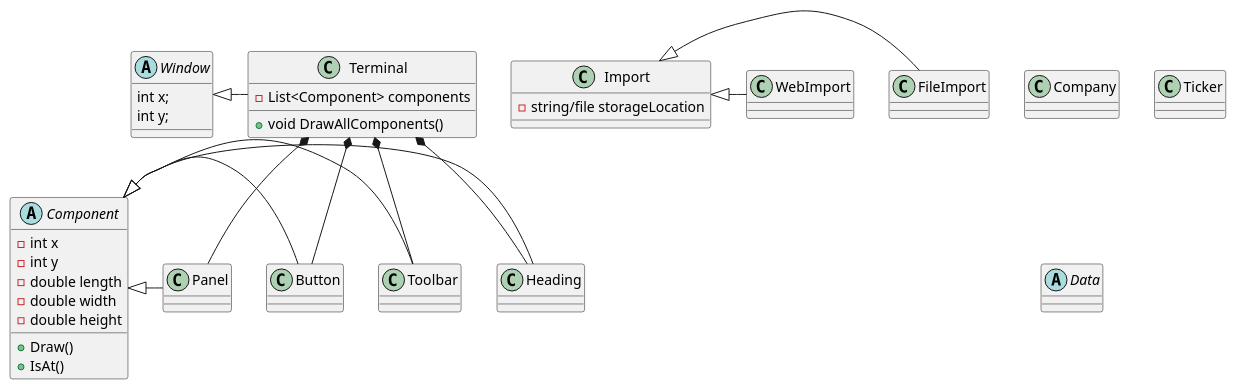
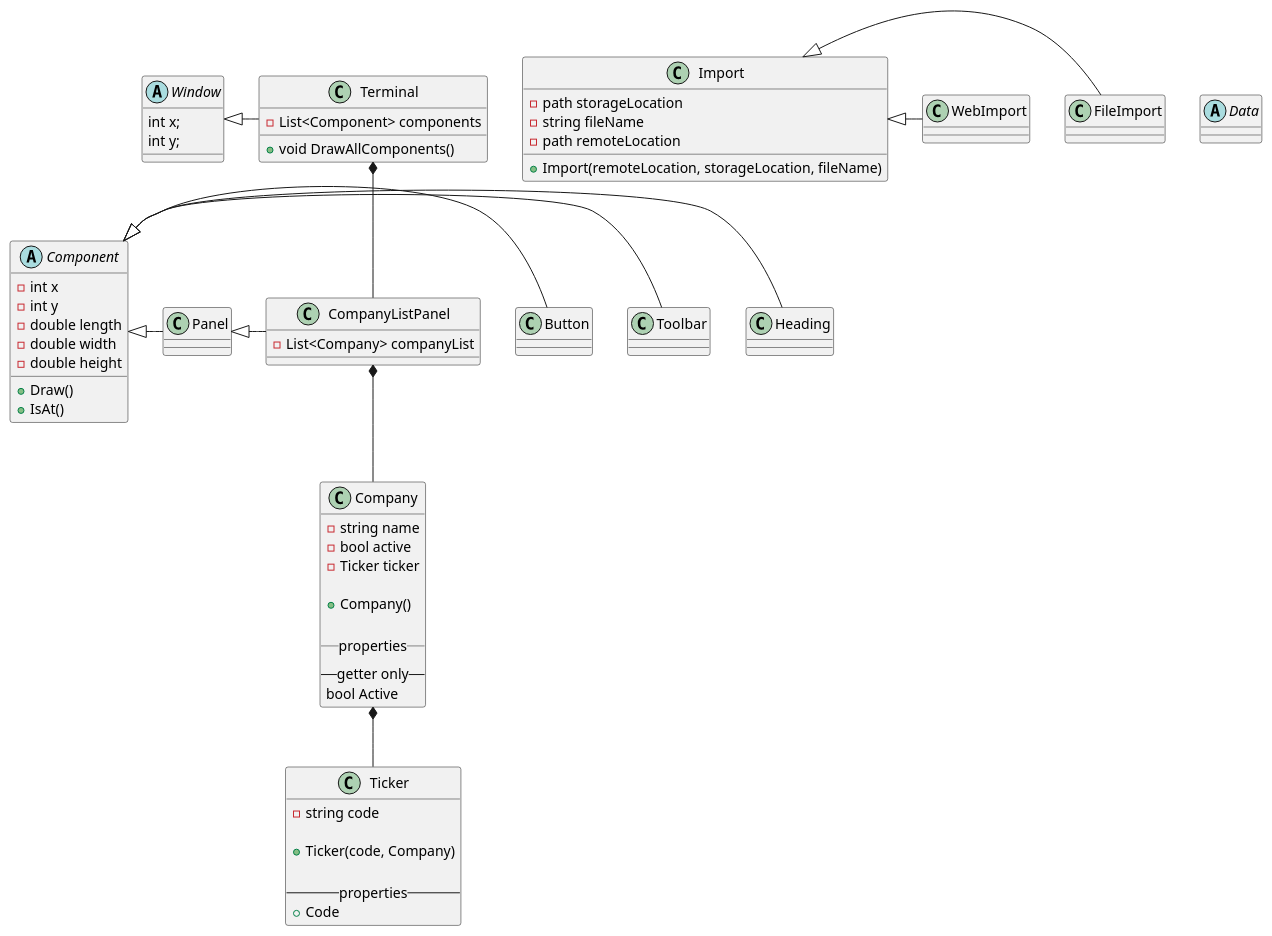
The diagram in Bloombleurgh/Bloombleurgh/Program.puml (JohnVonNeumann/bloombleurgh), drawn with PlantUML before and after one commit.

Commit message:
UPDATE Program.uml - improve and add comments on the UML diagram

```diff
--- a/Bloombleurgh/Bloombleurgh/Program.puml
+++ b/Bloombleurgh/Bloombleurgh/Program.puml
@@ -1,79 +1,107 @@
 @startuml
 'https://plantuml.com/class-diagram
 
 'Inheritance
 Window <|- Terminal
 Import <|- FileImport
 Import <|- WebImport
 
 
 Component <|- Heading
 Component <|- Toolbar
 Component <|- Button
 Component <|- Panel
 
+Panel <|- CompanyListPanel
+
 'Composition
-Terminal *-- Heading
-Terminal *-- Toolbar
-Terminal *-- Button
-Terminal *-- Panel
+Terminal *-- CompanyListPanel
+
+CompanyListPanel *-- Company
+Company *-- Ticker
 
 'Aggregation
 
 'Used as a base class for terminal, allows for drawing and sizing
 'Implement non abstract then make it abstract
 abstract class Window {
 int x;
 int y;
 }
 
 'Implement the Terminal as one class first, then break it out into separate modules
 class Terminal {
 - List<Component> components
 
 + void DrawAllComponents()
 }
 
 abstract class Component {
 - int x
 - int y
 - double length
 - double width
 - double height
 
 + Draw()
 'Probably want some sort of polymorphic IsAt to handle all styles of rect
 + IsAt()
 }
 
 class Heading {}
 
 class Toolbar {
 }
 
 class Button {
 }
 
 class Panel {
 }
 
+class CompanyListPanel {
+- List<Company> companyList
+}
+
+'Perhaps fuck the import stuff, just use existing input files to start
+'Dont bother with having an independent way to call new files, just populate
+'from a data directory until everything is working, then add on as a bonus
 class Import {
-- string/file storageLocation
+- path storageLocation
+- string fileName
+- path remoteLocation
+
++ Import(remoteLocation, storageLocation, fileName)
 }
 
 class FileImport {
 }
 
 class WebImport {
 }
 
 class Company {
+- string name
+- bool active
+- Ticker ticker
+
++ Company()
+
+__properties__
+--getter only--
+bool Active
 }
 
 class Ticker {
+- string code
+
++ Ticker(code, Company)
+
+--properties--
++ Code
 }
 
 abstract class Data {
 }
 
 @enduml
```
